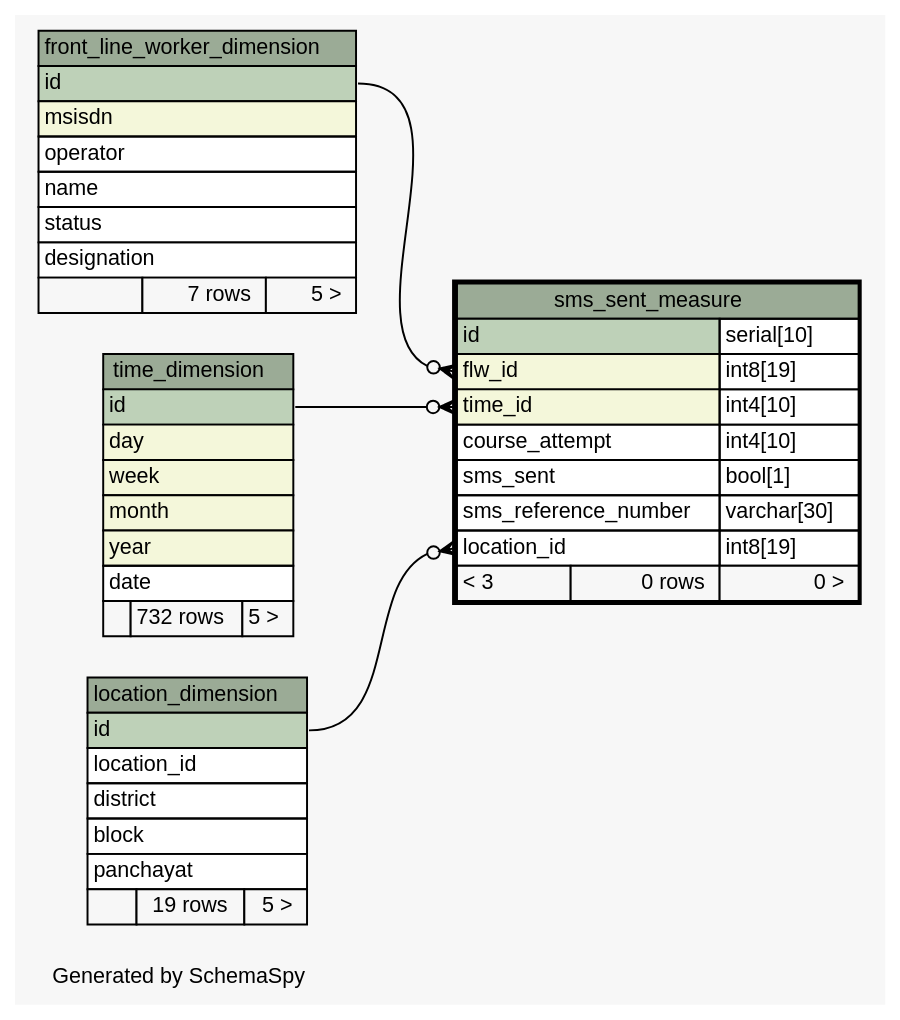
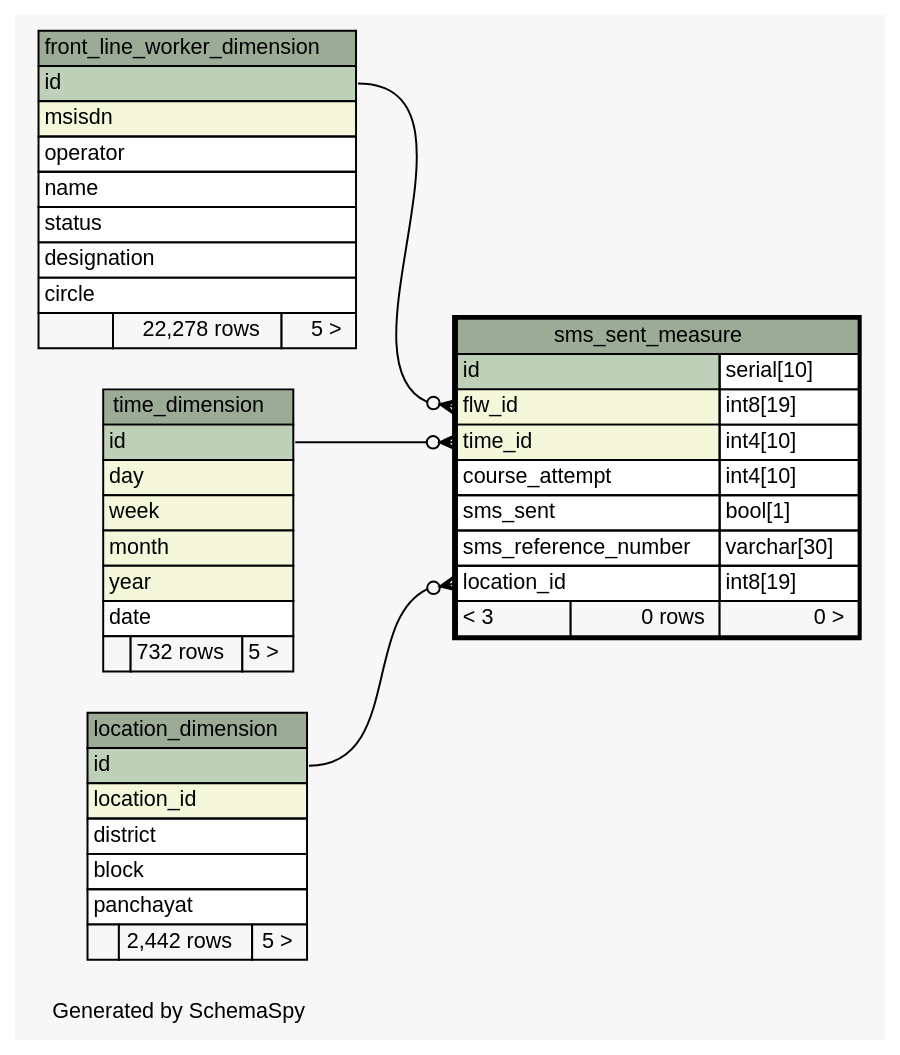
Before and after one commit to motech/ananya: the diagram in ananya-report/build/schemaspy-output/diagrams/sms_sent_measure.1degree.dot, drawn with Graphviz. The commit also changed 69 other files, not shown here.

```diff
--- a/ananya-report/build/schemaspy-output/diagrams/sms_sent_measure.1degree.dot
+++ b/ananya-report/build/schemaspy-output/diagrams/sms_sent_measure.1degree.dot
@@ -1,85 +1,86 @@
 // dot 2.26.3 on Linux 2.6.38-11-generic-pae
 // SchemaSpy rev 590
 digraph "oneDegreeRelationshipsDiagram" {
   graph [
     rankdir="RL"
     bgcolor="#f7f7f7"
     label="\nGenerated by SchemaSpy"
     labeljust="l"
     nodesep="0.18"
     ranksep="0.46"
     fontname="Helvetica"
     fontsize="11"
   ];
   node [
     fontname="Helvetica"
     fontsize="11"
     shape="plaintext"
   ];
   edge [
     arrowsize="0.8"
   ];
   "sms_sent_measure":"flw_id":w -> "front_line_worker_dimension":"id":e [arrowhead=none dir=back arrowtail=crowodot];
   "sms_sent_measure":"location_id":w -> "location_dimension":"id":e [arrowhead=none dir=back arrowtail=crowodot];
   "sms_sent_measure":"time_id":w -> "time_dimension":"id":e [arrowhead=none dir=back arrowtail=crowodot];
   "front_line_worker_dimension" [
     label=<
     <TABLE BORDER="0" CELLBORDER="1" CELLSPACING="0" BGCOLOR="#ffffff">
       <TR><TD COLSPAN="3" BGCOLOR="#9bab96" ALIGN="CENTER">front_line_worker_dimension</TD></TR>
       <TR><TD PORT="id" COLSPAN="3" BGCOLOR="#bed1b8" ALIGN="LEFT">id</TD></TR>
       <TR><TD PORT="msisdn" COLSPAN="3" BGCOLOR="#f4f7da" ALIGN="LEFT">msisdn</TD></TR>
       <TR><TD PORT="operator" COLSPAN="3" ALIGN="LEFT">operator</TD></TR>
       <TR><TD PORT="name" COLSPAN="3" ALIGN="LEFT">name</TD></TR>
       <TR><TD PORT="status" COLSPAN="3" ALIGN="LEFT">status</TD></TR>
       <TR><TD PORT="designation" COLSPAN="3" ALIGN="LEFT">designation</TD></TR>
-      <TR><TD ALIGN="LEFT" BGCOLOR="#f7f7f7">  </TD><TD ALIGN="RIGHT" BGCOLOR="#f7f7f7">7 rows</TD><TD ALIGN="RIGHT" BGCOLOR="#f7f7f7">5 &gt;</TD></TR>
+      <TR><TD PORT="circle" COLSPAN="3" ALIGN="LEFT">circle</TD></TR>
+      <TR><TD ALIGN="LEFT" BGCOLOR="#f7f7f7">  </TD><TD ALIGN="RIGHT" BGCOLOR="#f7f7f7">22,278 rows</TD><TD ALIGN="RIGHT" BGCOLOR="#f7f7f7">5 &gt;</TD></TR>
     </TABLE>>
     URL="front_line_worker_dimension.html"
     tooltip="front_line_worker_dimension"
   ];
   "location_dimension" [
     label=<
     <TABLE BORDER="0" CELLBORDER="1" CELLSPACING="0" BGCOLOR="#ffffff">
       <TR><TD COLSPAN="3" BGCOLOR="#9bab96" ALIGN="CENTER">location_dimension</TD></TR>
       <TR><TD PORT="id" COLSPAN="3" BGCOLOR="#bed1b8" ALIGN="LEFT">id</TD></TR>
-      <TR><TD PORT="location_id" COLSPAN="3" ALIGN="LEFT">location_id</TD></TR>
+      <TR><TD PORT="location_id" COLSPAN="3" BGCOLOR="#f4f7da" ALIGN="LEFT">location_id</TD></TR>
       <TR><TD PORT="district" COLSPAN="3" ALIGN="LEFT">district</TD></TR>
       <TR><TD PORT="block" COLSPAN="3" ALIGN="LEFT">block</TD></TR>
       <TR><TD PORT="panchayat" COLSPAN="3" ALIGN="LEFT">panchayat</TD></TR>
-      <TR><TD ALIGN="LEFT" BGCOLOR="#f7f7f7">  </TD><TD ALIGN="RIGHT" BGCOLOR="#f7f7f7">19 rows</TD><TD ALIGN="RIGHT" BGCOLOR="#f7f7f7">5 &gt;</TD></TR>
+      <TR><TD ALIGN="LEFT" BGCOLOR="#f7f7f7">  </TD><TD ALIGN="RIGHT" BGCOLOR="#f7f7f7">2,442 rows</TD><TD ALIGN="RIGHT" BGCOLOR="#f7f7f7">5 &gt;</TD></TR>
     </TABLE>>
     URL="location_dimension.html"
     tooltip="location_dimension"
   ];
   "sms_sent_measure" [
     label=<
     <TABLE BORDER="2" CELLBORDER="1" CELLSPACING="0" BGCOLOR="#ffffff">
       <TR><TD COLSPAN="3" BGCOLOR="#9bab96" ALIGN="CENTER">sms_sent_measure</TD></TR>
       <TR><TD PORT="id" COLSPAN="2" BGCOLOR="#bed1b8" ALIGN="LEFT">id</TD><TD PORT="id.type" ALIGN="LEFT">serial[10]</TD></TR>
       <TR><TD PORT="flw_id" COLSPAN="2" BGCOLOR="#f4f7da" ALIGN="LEFT">flw_id</TD><TD PORT="flw_id.type" ALIGN="LEFT">int8[19]</TD></TR>
       <TR><TD PORT="time_id" COLSPAN="2" BGCOLOR="#f4f7da" ALIGN="LEFT">time_id</TD><TD PORT="time_id.type" ALIGN="LEFT">int4[10]</TD></TR>
       <TR><TD PORT="course_attempt" COLSPAN="2" ALIGN="LEFT">course_attempt</TD><TD PORT="course_attempt.type" ALIGN="LEFT">int4[10]</TD></TR>
       <TR><TD PORT="sms_sent" COLSPAN="2" ALIGN="LEFT">sms_sent</TD><TD PORT="sms_sent.type" ALIGN="LEFT">bool[1]</TD></TR>
       <TR><TD PORT="sms_reference_number" COLSPAN="2" ALIGN="LEFT">sms_reference_number</TD><TD PORT="sms_reference_number.type" ALIGN="LEFT">varchar[30]</TD></TR>
       <TR><TD PORT="location_id" COLSPAN="2" ALIGN="LEFT">location_id</TD><TD PORT="location_id.type" ALIGN="LEFT">int8[19]</TD></TR>
       <TR><TD ALIGN="LEFT" BGCOLOR="#f7f7f7">&lt; 3</TD><TD ALIGN="RIGHT" BGCOLOR="#f7f7f7">0 rows</TD><TD ALIGN="RIGHT" BGCOLOR="#f7f7f7">0 &gt;</TD></TR>
     </TABLE>>
     URL="sms_sent_measure.html"
     tooltip="sms_sent_measure"
   ];
   "time_dimension" [
     label=<
     <TABLE BORDER="0" CELLBORDER="1" CELLSPACING="0" BGCOLOR="#ffffff">
       <TR><TD COLSPAN="3" BGCOLOR="#9bab96" ALIGN="CENTER">time_dimension</TD></TR>
       <TR><TD PORT="id" COLSPAN="3" BGCOLOR="#bed1b8" ALIGN="LEFT">id</TD></TR>
       <TR><TD PORT="day" COLSPAN="3" BGCOLOR="#f4f7da" ALIGN="LEFT">day</TD></TR>
       <TR><TD PORT="week" COLSPAN="3" BGCOLOR="#f4f7da" ALIGN="LEFT">week</TD></TR>
       <TR><TD PORT="month" COLSPAN="3" BGCOLOR="#f4f7da" ALIGN="LEFT">month</TD></TR>
       <TR><TD PORT="year" COLSPAN="3" BGCOLOR="#f4f7da" ALIGN="LEFT">year</TD></TR>
       <TR><TD PORT="date" COLSPAN="3" ALIGN="LEFT">date</TD></TR>
       <TR><TD ALIGN="LEFT" BGCOLOR="#f7f7f7">  </TD><TD ALIGN="RIGHT" BGCOLOR="#f7f7f7">732 rows</TD><TD ALIGN="RIGHT" BGCOLOR="#f7f7f7">5 &gt;</TD></TR>
     </TABLE>>
     URL="time_dimension.html"
     tooltip="time_dimension"
   ];
 }
```
